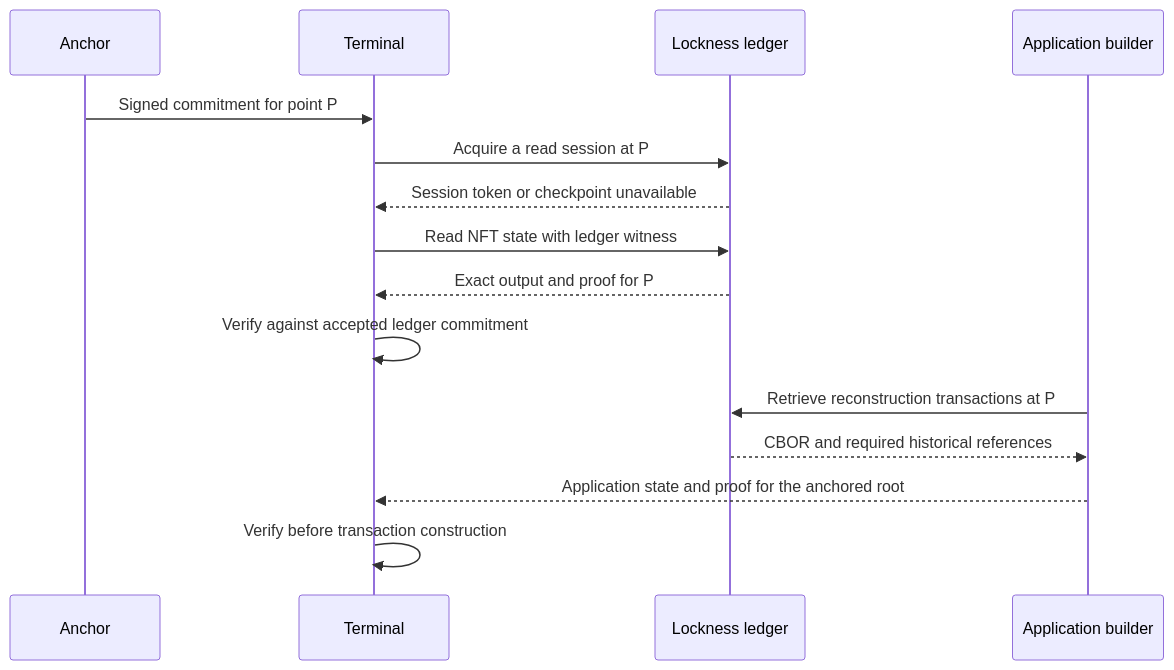
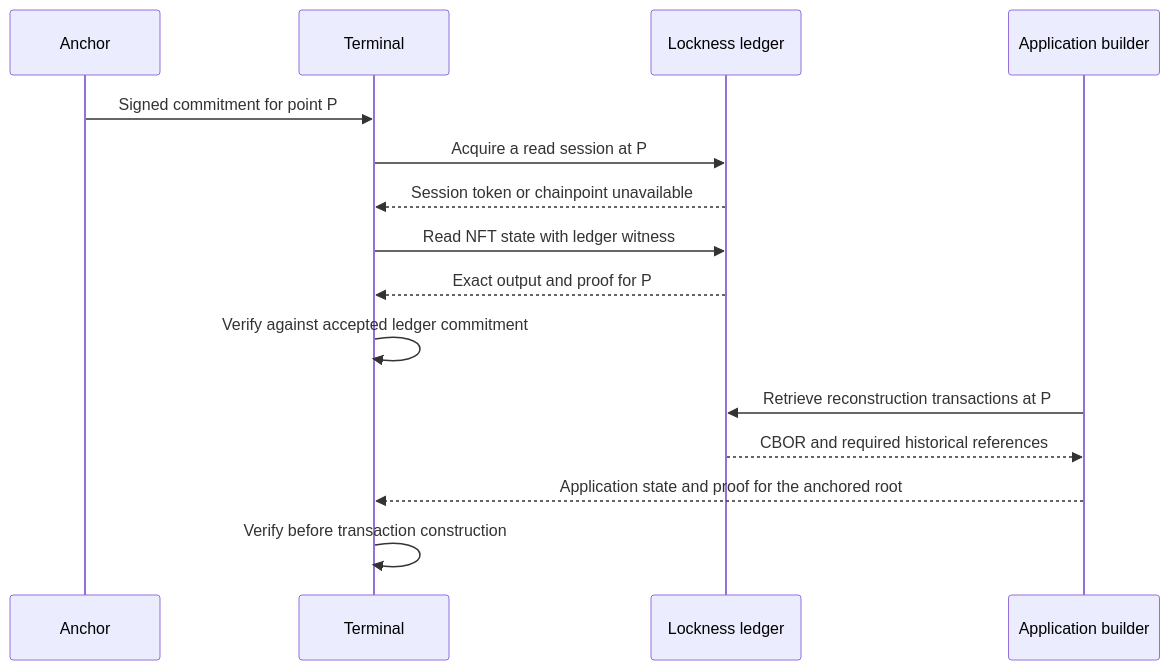
The second of 2 diagrams in docs/architecture/system.md (lambdasistemi/lockness), drawn with Mermaid before and after one commit. The commit also changed other lines of this file and 17 other files, not shown here.

````diff
--- a/docs/architecture/system.md
+++ b/docs/architecture/system.md
@@ -46,17 +64,17 @@
 ```mermaid
 sequenceDiagram
     participant P as Anchor
     participant C as Terminal
     participant L as Lockness ledger
     participant A as Application builder
     P->>C: Signed commitment for point P
     C->>L: Acquire a read session at P
-    L-->>C: Session token or checkpoint unavailable
+    L-->>C: Session token or chainpoint unavailable
     C->>L: Read NFT state with ledger witness
     L-->>C: Exact output and proof for P
     C->>C: Verify against accepted ledger commitment
     A->>L: Retrieve reconstruction transactions at P
     L-->>A: CBOR and required historical references
     A-->>C: Application state and proof for the anchored root
     C->>C: Verify before transaction construction
 ```
````
